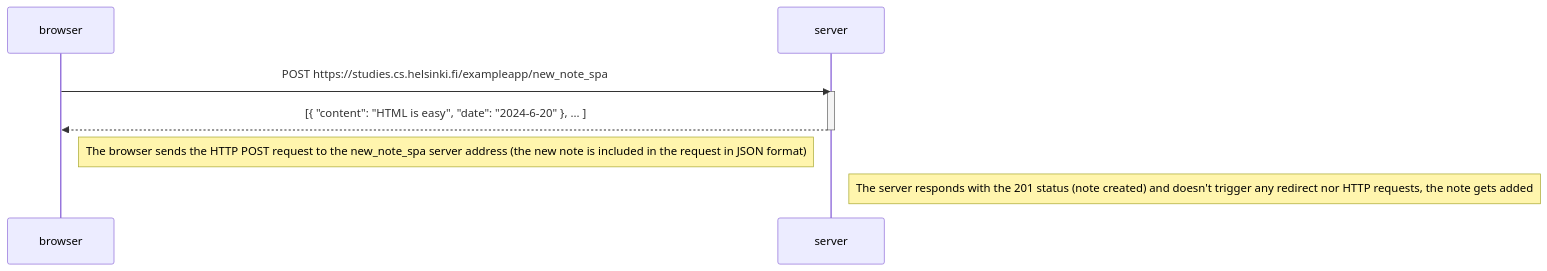
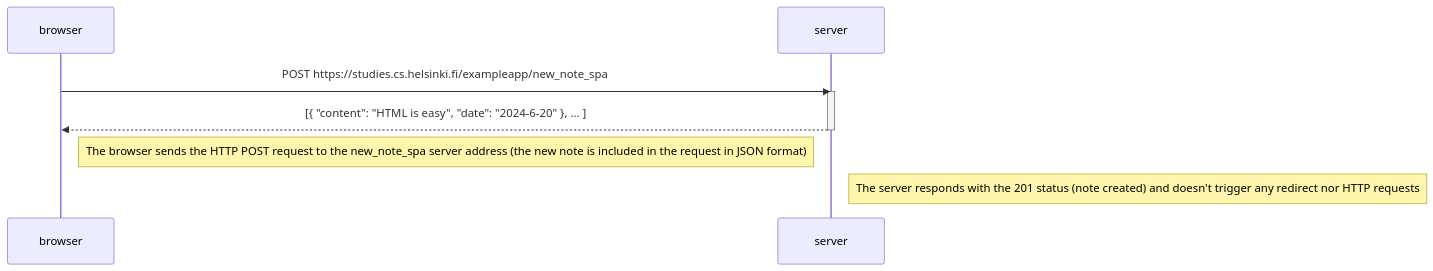
The diagram in part0/06.md (adeadelaide/fullstack-web-dev), drawn with Mermaid before and after one commit.

````diff
--- a/part0/06.md
+++ b/part0/06.md
@@ -1,11 +1,11 @@
 ```mermaid
     sequenceDiagram
     
         browser->>server: POST https://studies.cs.helsinki.fi/exampleapp/new_note_spa
         activate server
         server-->>browser: [{ "content": "HTML is easy", "date": "2024-6-20" }, ... ]
         deactivate server
     
         Note right of browser: The browser sends the HTTP POST request to the new_note_spa server address (the new note is included in the request in JSON format)
-        Note right of server: The server responds with the 201 status (note created) and doesn't trigger any redirect nor HTTP requests, the note gets added
+        Note right of server: The server responds with the 201 status (note created) and doesn't trigger any redirect nor HTTP requests
 ```
````
